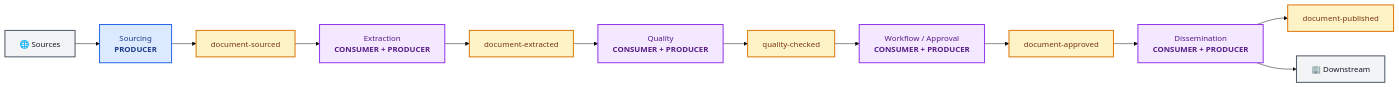
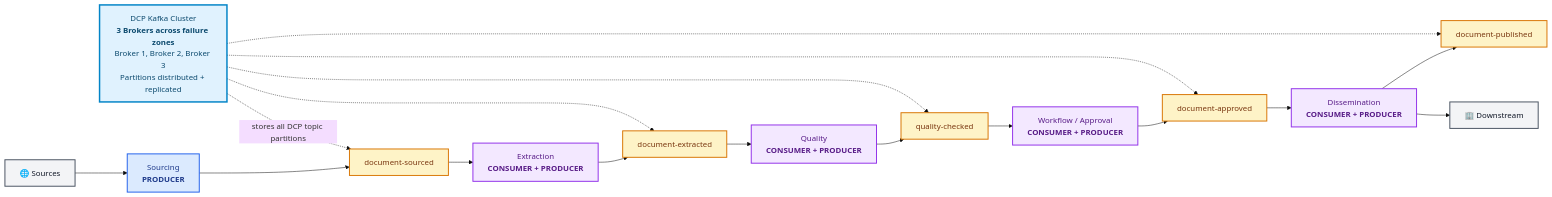
One commit to arpit-jain-mygit/interview-preparation changed the third of 6 diagrams in Kafka-Questions.md. Above: the diagram before and after it, drawn with Mermaid (base theme). The commit also changed other lines of this file, not shown here.

Commit message:
Add Kafka clusters and brokers to diagrams

````diff
--- a/Kafka-Questions.md
+++ b/Kafka-Questions.md
@@ -124,25 +134,32 @@
 ```mermaid
 flowchart LR
     SOURCES["🌐 Sources"]:::actor
     SOURCE["Sourcing<br/><b>PRODUCER</b>"]:::producer
     T1["document-sourced"]:::topic
     EXTRACT["Extraction<br/><b>CONSUMER + PRODUCER</b>"]:::both
     T2["document-extracted"]:::topic
     QUALITY["Quality<br/><b>CONSUMER + PRODUCER</b>"]:::both
     T3["quality-checked"]:::topic
     REVIEW["Workflow / Approval<br/><b>CONSUMER + PRODUCER</b>"]:::both
     T4["document-approved"]:::topic
     DISSEM["Dissemination<br/><b>CONSUMER + PRODUCER</b>"]:::both
     T5["document-published"]:::topic
     TARGETS["🏢 Downstream"]:::actor
+    KAFKA["DCP Kafka Cluster<br/><b>3 Brokers across failure zones</b><br/>Broker 1, Broker 2, Broker 3<br/>Partitions distributed + replicated"]:::cluster
 
     SOURCES --> SOURCE --> T1 --> EXTRACT --> T2 --> QUALITY --> T3 --> REVIEW --> T4 --> DISSEM --> T5
     DISSEM --> TARGETS
+    KAFKA -.->|"stores all DCP topic partitions"| T1
+    KAFKA -.-> T2
+    KAFKA -.-> T3
+    KAFKA -.-> T4
+    KAFKA -.-> T5
 
     classDef actor fill:#F3F4F6,stroke:#4B5563,color:#111827,stroke-width:2px;
     classDef producer fill:#DBEAFE,stroke:#2563EB,color:#1E3A8A,stroke-width:2px;
     classDef consumer fill:#DCFCE7,stroke:#16A34A,color:#14532D,stroke-width:2px;
     classDef both fill:#F3E8FF,stroke:#9333EA,color:#581C87,stroke-width:2px;
     classDef topic fill:#FEF3C7,stroke:#D97706,color:#78350F,stroke-width:2px;
     classDef store fill:#FCE7F3,stroke:#DB2777,color:#831843,stroke-width:2px;
+    classDef cluster fill:#E0F2FE,stroke:#0284C7,color:#0C4A6E,stroke-width:3px;
 ```
````
